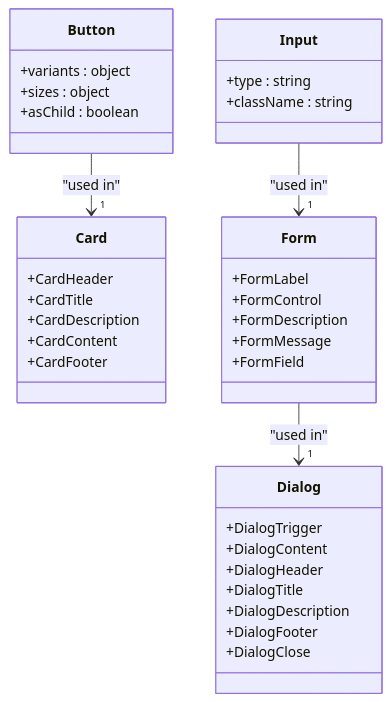
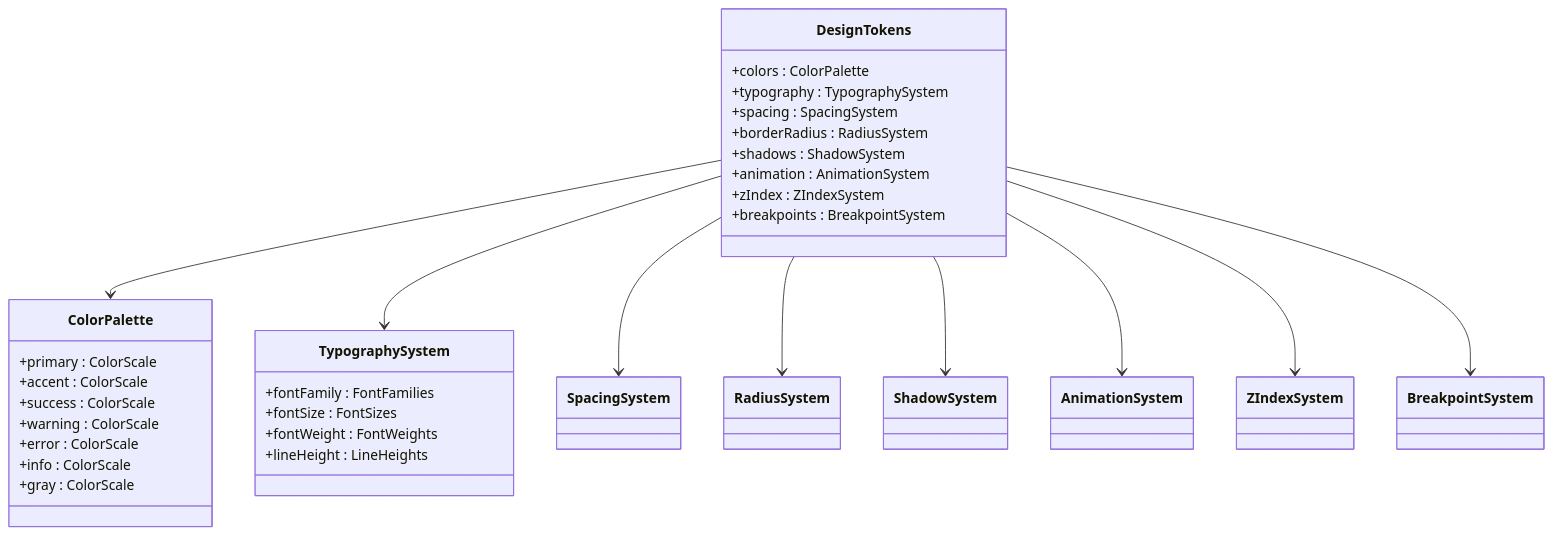
Before and after one commit to sleekapparels-admin/sleekapp-v100: the second of 8 diagrams in .qoder/repowiki/en/content/Frontend Architecture/Styling Strategy.md, drawn with Mermaid. The commit also changed other lines of this file and 337 other files, not shown here.

````diff
--- a/.qoder/repowiki/en/content/Frontend Architecture/Styling Strategy.md
+++ b/.qoder/repowiki/en/content/Frontend Architecture/Styling Strategy.md
@@ -108,38 +103,36 @@
 ```mermaid
 classDiagram
-class Button {
-+variants : object
-+sizes : object
-+asChild : boolean
+class DesignTokens {
++colors : ColorPalette
++typography : TypographySystem
++spacing : SpacingSystem
++borderRadius : RadiusSystem
++shadows : ShadowSystem
++animation : AnimationSystem
++zIndex : ZIndexSystem
++breakpoints : BreakpointSystem
 }
-class Card {
-+CardHeader
-+CardTitle
-+CardDescription
-+CardContent
-+CardFooter
+class ColorPalette {
++primary : ColorScale
++accent : ColorScale
++success : ColorScale
++warning : ColorScale
++error : ColorScale
++info : ColorScale
++gray : ColorScale
 }
-class Input {
-+type : string
-+className : string
+class TypographySystem {
++fontFamily : FontFamilies
++fontSize : FontSizes
++fontWeight : FontWeights
++lineHeight : LineHeights
 }
-class Form {
-+FormLabel
-+FormControl
-+FormDescription
-+FormMessage
-+FormField
-}
-class Dialog {
-+DialogTrigger
-+DialogContent
-+DialogHeader
-+DialogTitle
-+DialogDescription
-+DialogFooter
-+DialogClose
-}
-Button --> "1" Card : "used in"
-Input --> "1" Form : "used in"
-Form --> "1" Dialog : "used in"
+DesignTokens --> ColorPalette
+DesignTokens --> TypographySystem
+DesignTokens --> SpacingSystem
+DesignTokens --> RadiusSystem
+DesignTokens --> ShadowSystem
+DesignTokens --> AnimationSystem
+DesignTokens --> ZIndexSystem
+DesignTokens --> BreakpointSystem
 ```
````
